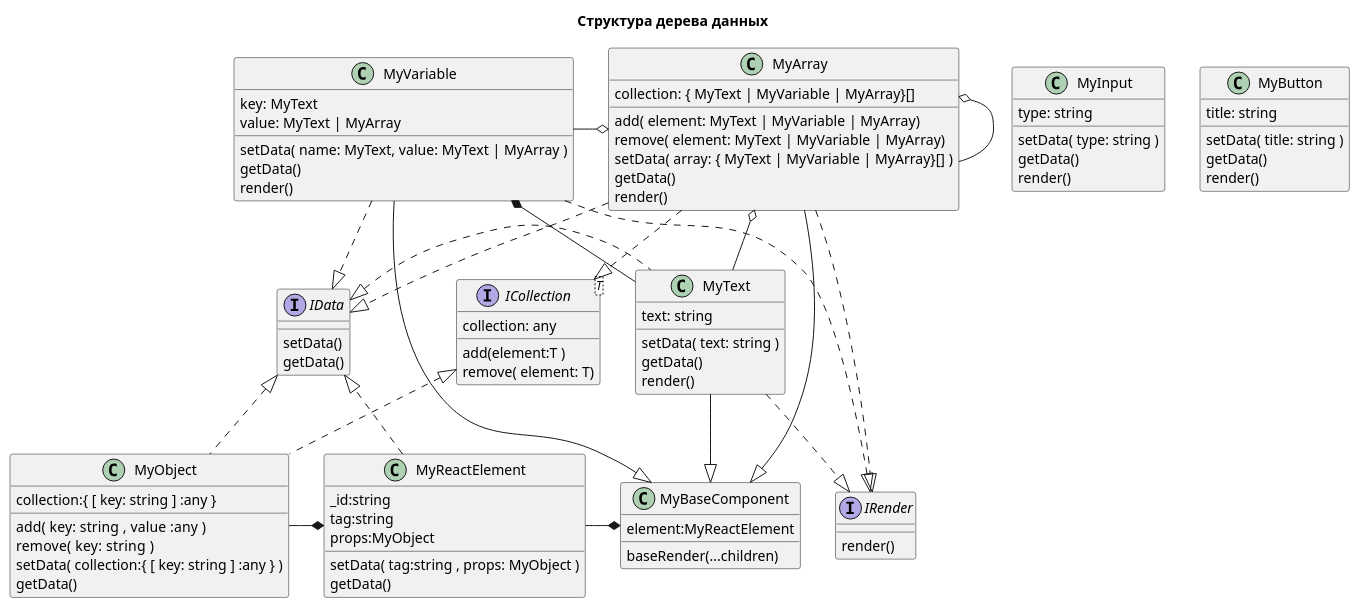
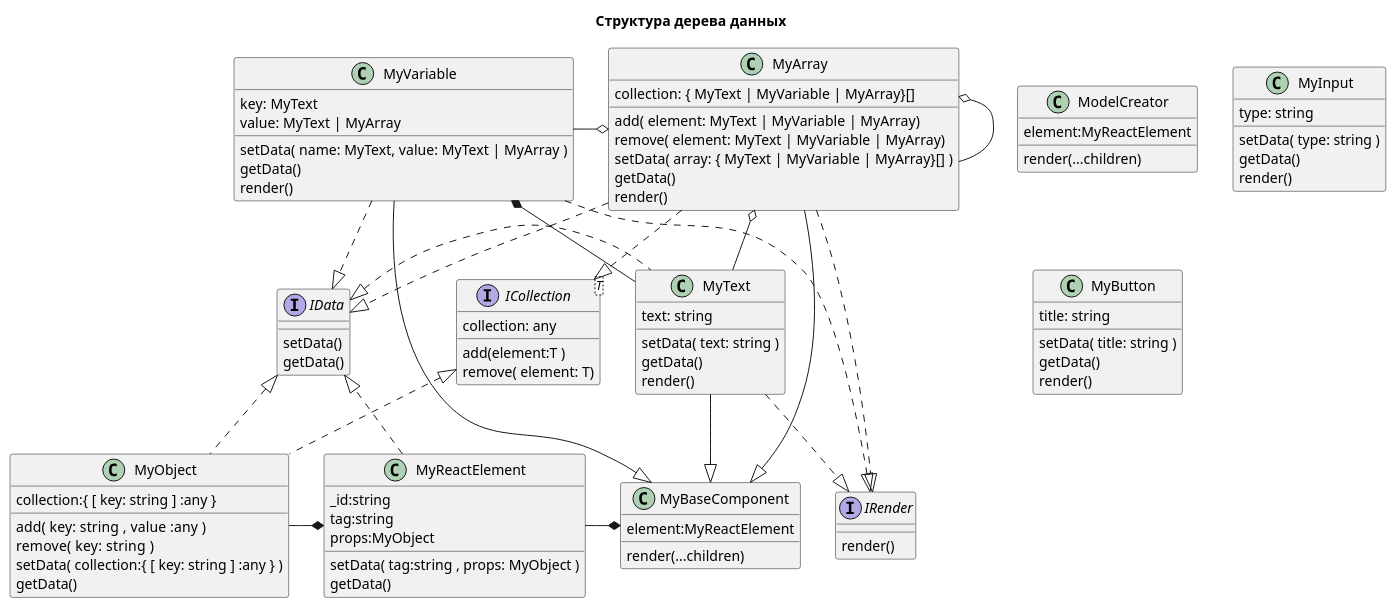
One commit to NikolayDemchenko/ReactTest changed the diagram in client/src/Types/Structure/NewStructure/structure.puml. Above: the diagram before and after it, drawn with PlantUML. The commit also changed 9 other files, not shown here.

```diff
--- a/client/src/Types/Structure/NewStructure/structure.puml
+++ b/client/src/Types/Structure/NewStructure/structure.puml
@@ -1,105 +1,112 @@
 @startuml
 title Структура дерева данных
 
 
 interface "ICollection<T>" as ICollection {    
 collection: any
 add(element:T )
 remove( element: T)
 }
 interface "IData" as IData{    
     setData() 
     getData()
 }
 interface "IRender" as IRender{ 
     render()  
 }
 
+' Генератор модели
+class "ModelCreator" as ModelCreator{
+    element:MyReactElement
+    render(...children)
+    
+}
 ' Базовый компонент
 class "MyBaseComponent" as MyBaseComponent{
     element:MyReactElement
-    baseRender(...children)
+    render(...children)
     
 }
 MyBaseComponent *-l- MyReactElement
 ' Элемент
 class "MyReactElement" as MyReactElement{
     _id:string
     tag:string
     props:MyObject  
     setData( tag:string , props: MyObject )
     getData()
     
 }
 MyReactElement *-l- MyObject
 MyReactElement .r.|> IData
 
 
 ' Объект
 class "MyObject" as MyObject{
 
     collection:{ [ key: string ] :any }
     add(  key: string , value :any )
     remove(  key: string )   
     setData( collection:{ [ key: string ] :any } )
     getData() 
 }
 MyObject .l.|> IData
 MyObject .u.|> ICollection
 
 ' Инпут
 class "MyInput" as MyInput{  
     type: string
     setData( type: string )
     getData()
     render()
 }
 ' Кнопка
 class "MyButton" as MyButton{  
     title: string
     setData( title: string )
     getData()
     render()
 }
+' Текст
 class "MyText" as MyText{  
     text: string
     setData( text: string )
     getData()
     render()
 }
 MyText .l.|> IData
 MyText ..|> IRender
 MyText --|> MyBaseComponent
 
 ' Переменная
 class "MyVariable" as MyVariable{   
     key: MyText
     value: MyText | MyArray
     setData( name: MyText, value: MyText | MyArray )
     getData()
     render()
 }
 MyVariable *-- MyText
 MyVariable ..|> IData
 MyVariable ..|> IRender
 MyVariable --|> MyBaseComponent
 
 
 ' Массив
 class "MyArray" as MyArray{
 collection: { MyText | MyVariable | MyArray}[]
 add( element: MyText | MyVariable | MyArray)
 remove( element: MyText | MyVariable | MyArray)
 setData( array: { MyText | MyVariable | MyArray}[] )
 getData()
 render()
 }
 MyArray ..|> ICollection
 MyArray ..|> IData
 MyArray ..|> IRender
 MyArray o-- MyArray
 MyArray o-l- MyVariable
 MyArray o-- MyText
 MyArray --|> MyBaseComponent
 
 @enduml
```
